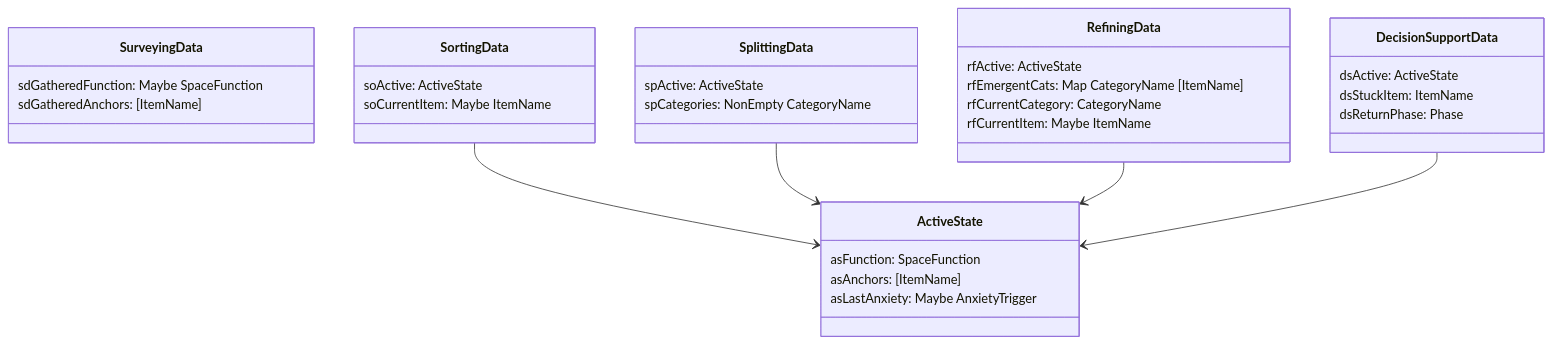
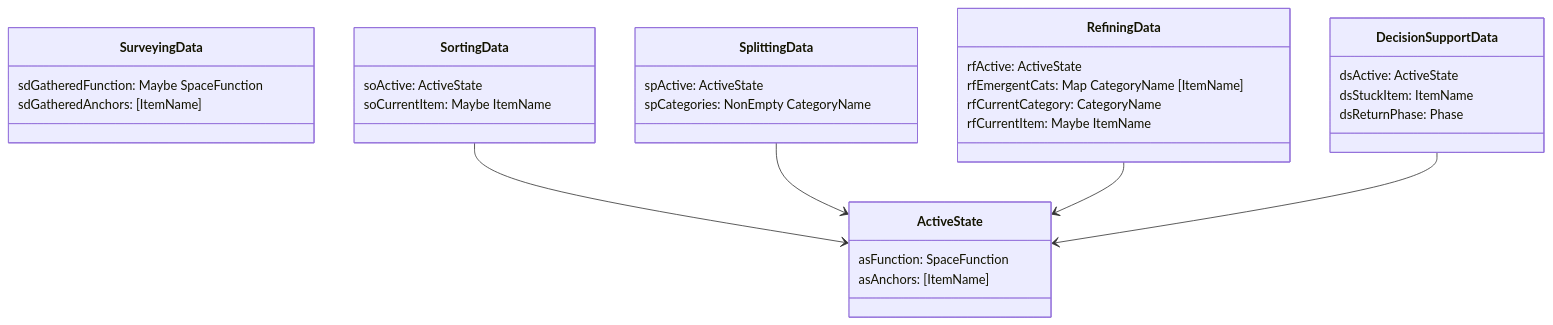
Before and after one commit to tidepool-heavy-industries/exomonad: the second of 3 diagrams in src/Tidying/diagrams/state-machine.md, drawn with Mermaid. The commit also changed 1 other file, not shown here.

Commit message:
Fix diagram errors and update GAPS.md
state-machine.md:
- Remove asLastAnxiety from ActiveState class diagram

GAPS.md:
- Remove §2 (chaosLevel return type) - diagrams don't show signature
- Renumber sections (9 remaining)
- Update summaries

🤖 Generated with [Claude Code](https://claude.com/claude-code)

````diff
--- a/src/Tidying/diagrams/state-machine.md
+++ b/src/Tidying/diagrams/state-machine.md
@@ -34,41 +34,40 @@
 ```mermaid
 classDiagram
     class ActiveState {
         asFunction: SpaceFunction
         asAnchors: [ItemName]
-        asLastAnxiety: Maybe AnxietyTrigger
     }
 
     class SurveyingData {
         sdGatheredFunction: Maybe SpaceFunction
         sdGatheredAnchors: [ItemName]
     }
 
     class SortingData {
         soActive: ActiveState
         soCurrentItem: Maybe ItemName
     }
 
     class SplittingData {
         spActive: ActiveState
         spCategories: NonEmpty CategoryName
     }
 
     class RefiningData {
         rfActive: ActiveState
         rfEmergentCats: Map CategoryName [ItemName]
         rfCurrentCategory: CategoryName
         rfCurrentItem: Maybe ItemName
     }
 
     class DecisionSupportData {
         dsActive: ActiveState
         dsStuckItem: ItemName
         dsReturnPhase: Phase
     }
 
     SortingData --> ActiveState
     SplittingData --> ActiveState
     RefiningData --> ActiveState
     DecisionSupportData --> ActiveState
 ```
````
